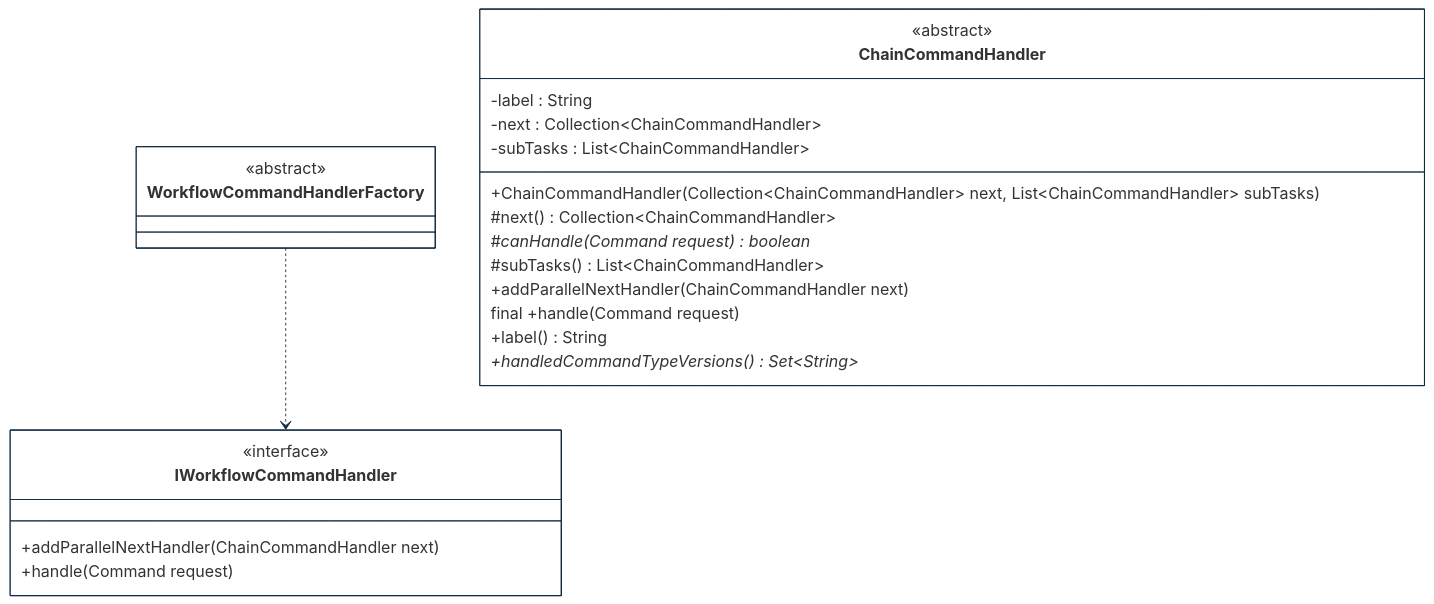
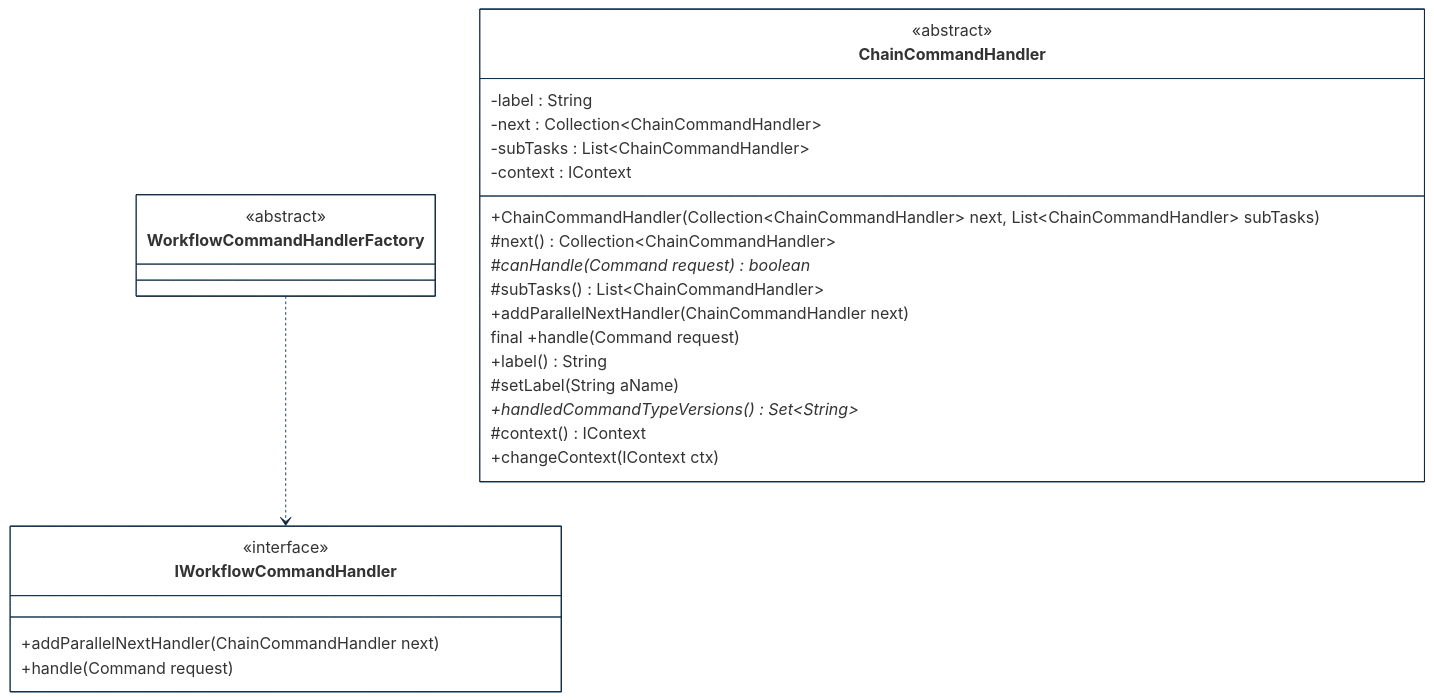
One commit to cybnity/foundation changed the diagram in implementations-line/features/workflow-process/security-activity-orchestration/designview-structure-models.md. Above: the diagram before and after it, drawn with Mermaid. The commit also changed 33 other files, not shown here.

````diff
--- a/implementations-line/features/workflow-process/security-activity-orchestration/designview-structure-models.md
+++ b/implementations-line/features/workflow-process/security-activity-orchestration/designview-structure-models.md
@@ -18,45 +18,49 @@
 ```mermaid
 %%{
   init: {
     'theme': 'base',
     'themeVariables': {
         'background': '#ffffff',
         'fontFamily': 'arial',
         'fontSize': '18px',
         'primaryColor': '#fff',
         'primaryBorderColor': '#0e2a43',
         'secondaryBorderColor': '#0e2a43',
         'tertiaryBorderColor': '#0e2a43',
         'edgeLabelBackground':'#0e2a43',
         'lineColor': '#0e2a43',
         'tertiaryColor': '#fff'
     }
   }
 }%%
 classDiagram
   WorkflowCommandHandlerFactory ..> IWorkflowCommandHandler
 
   class ChainCommandHandler {
       <<abstract>>
       -label : String
       -next : Collection~ChainCommandHandler~
       -subTasks : List~ChainCommandHandler~
+      -context : IContext
       +ChainCommandHandler(Collection~ChainCommandHandler~ next, List~ChainCommandHandler~ subTasks)
       #next() Collection~ChainCommandHandler~
       #canHandle(Command request)* boolean
       #subTasks() List~ChainCommandHandler~
       +addParallelNextHandler(ChainCommandHandler next)
       final +handle(Command request)
       +label() String
+      #setLabel(String aName)
       +handledCommandTypeVersions()* Set~String~
+      #context() IContext
+      +changeContext(IContext ctx)
   }
   class WorkflowCommandHandlerFactory {
       <<abstract>>
   }
   class IWorkflowCommandHandler {
       <<interface>>
       +addParallelNextHandler(ChainCommandHandler next)
       +handle(Command request)
   }
 
 ```
````
